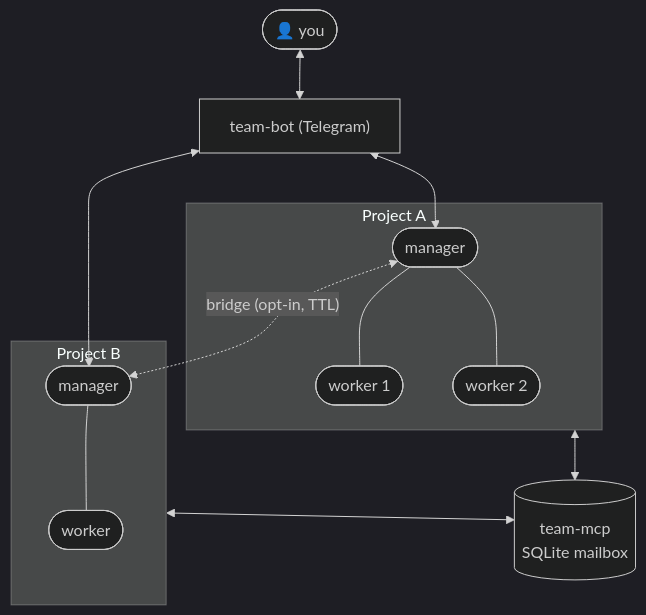
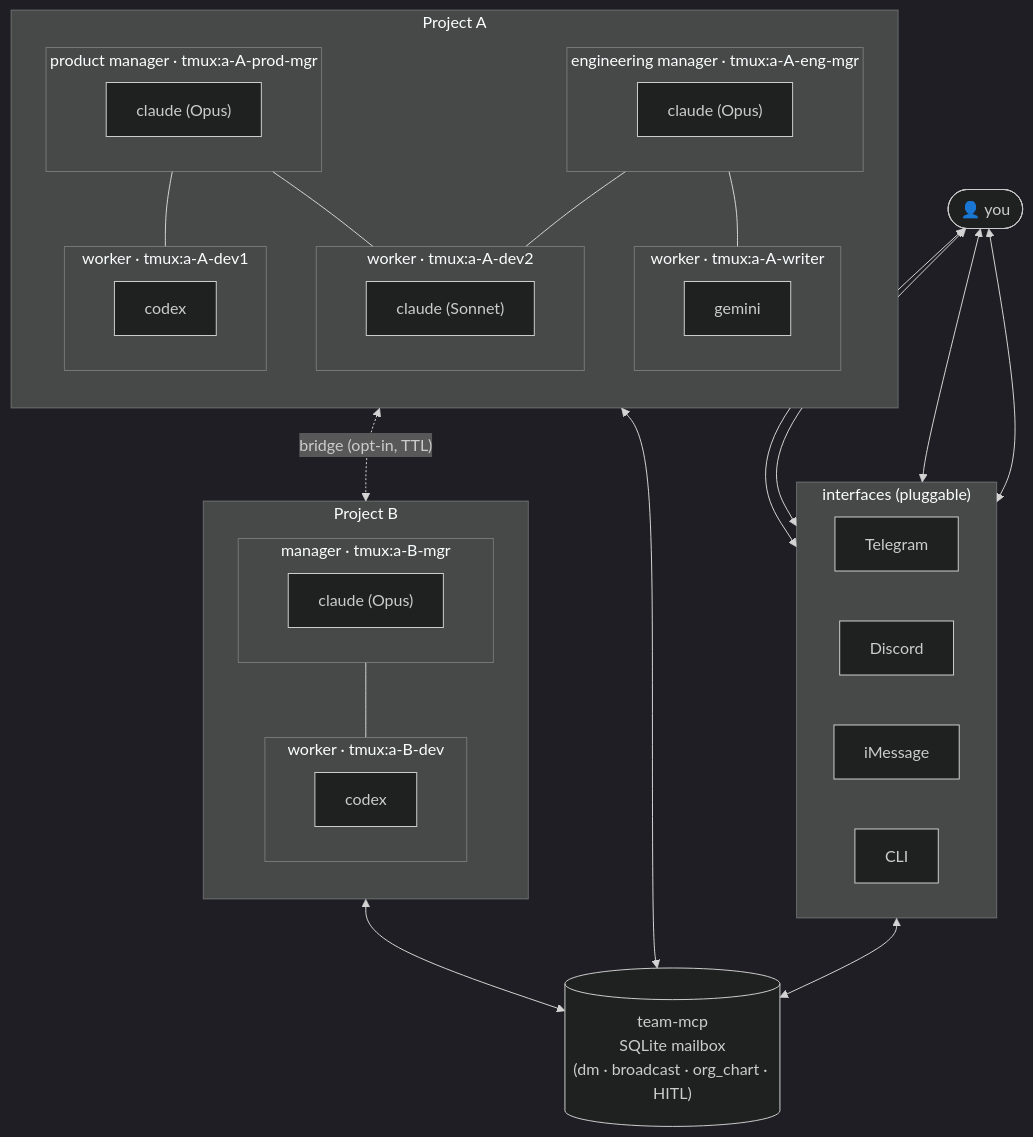
One commit to Alireza29675/teamctl changed the diagram in README.md. Above: the diagram before and after it, drawn with Mermaid (dark theme). The commit also changed other lines of this file and 13 other files, not shown here.

Commit message:
feat(hitl): request_approval tool, org_chart, interfaces abstraction, teamctl pending/approve/deny

````diff
--- a/README.md
+++ b/README.md
@@ -15,28 +15,58 @@
 ```mermaid
 flowchart TB
     User(["👤 you"])
-    Bot["team-bot (Telegram)"]
-    User <--> Bot
+
+    subgraph Interfaces["interfaces (pluggable)"]
+      direction LR
+      Tg["Telegram"]
+      Dc["Discord"]
+      Im["iMessage"]
+      Cl["CLI"]
+    end
+    User <--> Tg
+    User <--> Dc
+    User <--> Im
+    User <--> Cl
 
     subgraph ProjA["Project A"]
-        MgrA(["manager"])
-        W1(["worker 1"])
-        W2(["worker 2"])
-        MgrA --- W1
-        MgrA --- W2
+      direction TB
+      subgraph AProd["product manager · tmux:a-A-prod-mgr"]
+        Aprod["claude (Opus)"]
+      end
+      subgraph AEng["engineering manager · tmux:a-A-eng-mgr"]
+        Aeng["claude (Opus)"]
+      end
+      subgraph AW1["worker · tmux:a-A-dev1"]
+        Adev1["codex"]
+      end
+      subgraph AW2["worker · tmux:a-A-dev2"]
+        Adev2["claude (Sonnet)"]
+      end
+      subgraph AW3["worker · tmux:a-A-writer"]
+        Aw["gemini"]
+      end
+      AProd --- AW1
+      AProd --- AW2
+      AEng --- AW2
+      AEng --- AW3
     end
 
     subgraph ProjB["Project B"]
-        MgrB(["manager"])
-        W3(["worker"])
-        MgrB --- W3
+      direction TB
+      subgraph BMgr["manager · tmux:a-B-mgr"]
+        Bmgr["claude (Opus)"]
+      end
+      subgraph BW["worker · tmux:a-B-dev"]
+        Bdev["codex"]
+      end
+      BMgr --- BW
     end
 
-    Mailbox[("team-mcp<br/>SQLite mailbox")]
+    Mailbox[("team-mcp<br/>SQLite mailbox<br/>(dm · broadcast · org_chart · HITL)")]
 
-    Bot <--> MgrA
-    Bot <--> MgrB
+    Interfaces <--> Mailbox
     ProjA <--> Mailbox
     ProjB <--> Mailbox
-    MgrA <-. bridge (opt-in, TTL) .-> MgrB
+
+    AProd <-. bridge (opt-in, TTL) .-> BMgr
 ```
````
